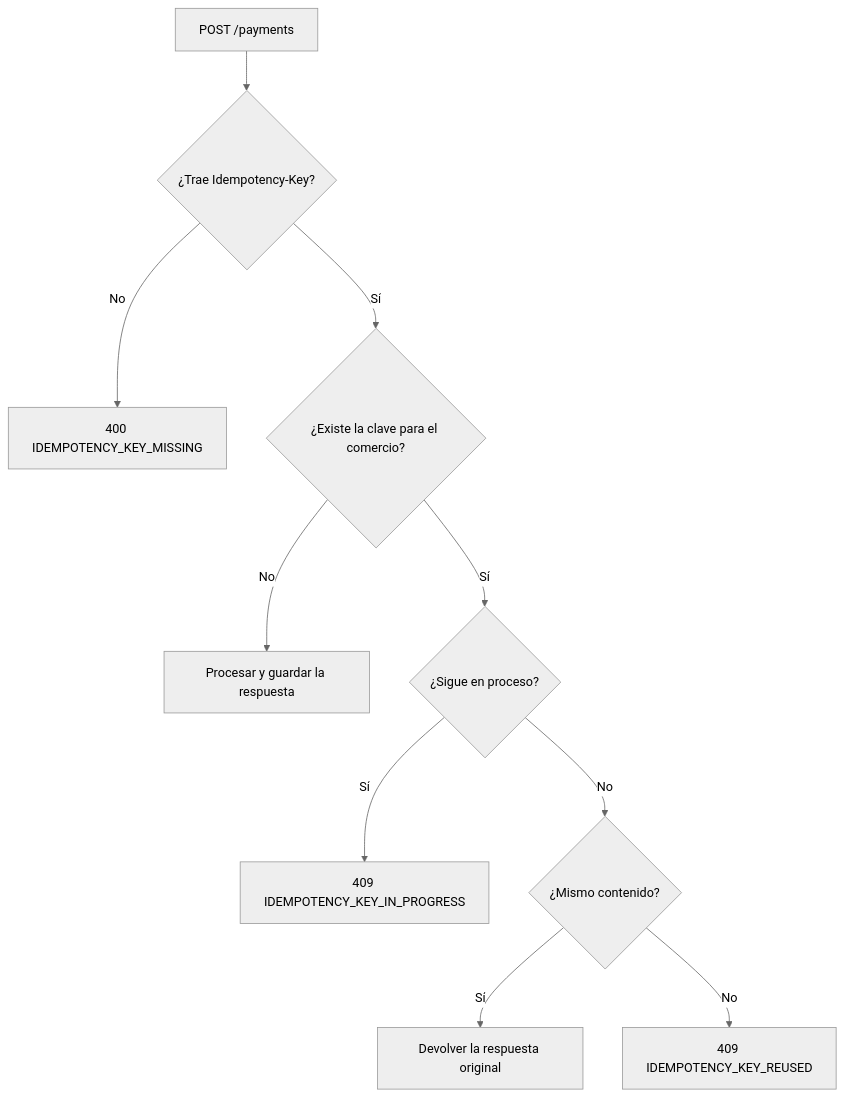
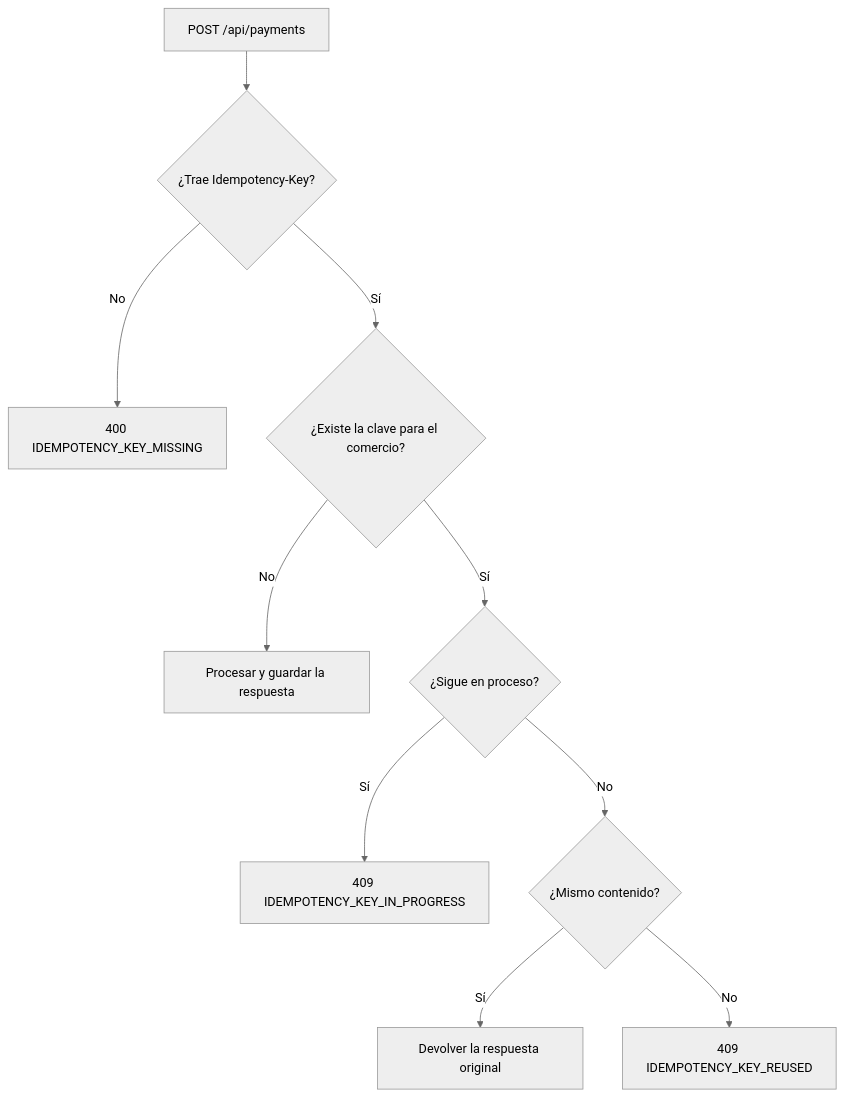
One commit to Guillermo-Octavio/desafio-retail-laravel-angular-postgresql changed the second of 2 diagrams in docs/02-user-stories.md. Above: the diagram before and after it, drawn with Mermaid (neutral theme). The commit also changed other lines of this file and 2 other files, not shown here.

First line of the commit message:
docs: add architecture and prefix endpoints with /api

````diff
--- a/docs/02-user-stories.md
+++ b/docs/02-user-stories.md
@@ -293,12 +293,12 @@
 ```mermaid
 flowchart TD
-    R[POST /payments] --> K{¿Trae Idempotency-Key?}
+    R[POST /api/payments] --> K{¿Trae Idempotency-Key?}
     K -- No --> E400[400 IDEMPOTENCY_KEY_MISSING]
     K -- Sí --> X{¿Existe la clave para el comercio?}
     X -- No --> N[Procesar y guardar la respuesta]
     X -- Sí --> P{¿Sigue en proceso?}
     P -- Sí --> E409b[409 IDEMPOTENCY_KEY_IN_PROGRESS]
     P -- No --> H{¿Mismo contenido?}
     H -- Sí --> RP[Devolver la respuesta original]
     H -- No --> E409a[409 IDEMPOTENCY_KEY_REUSED]
 ```
````
